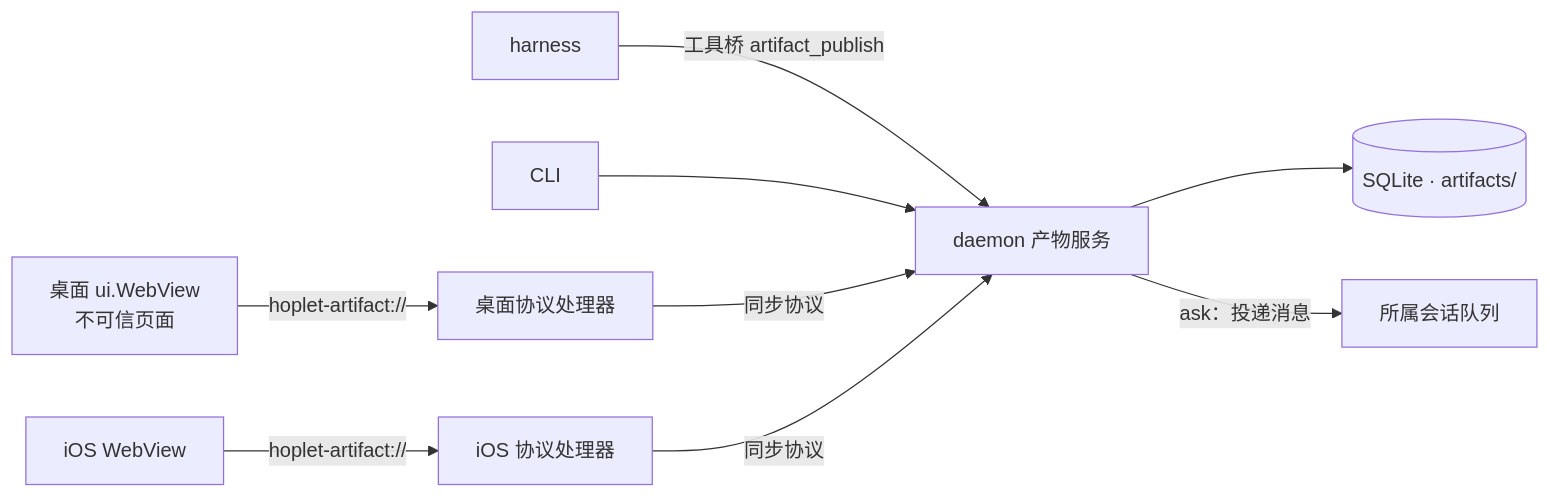
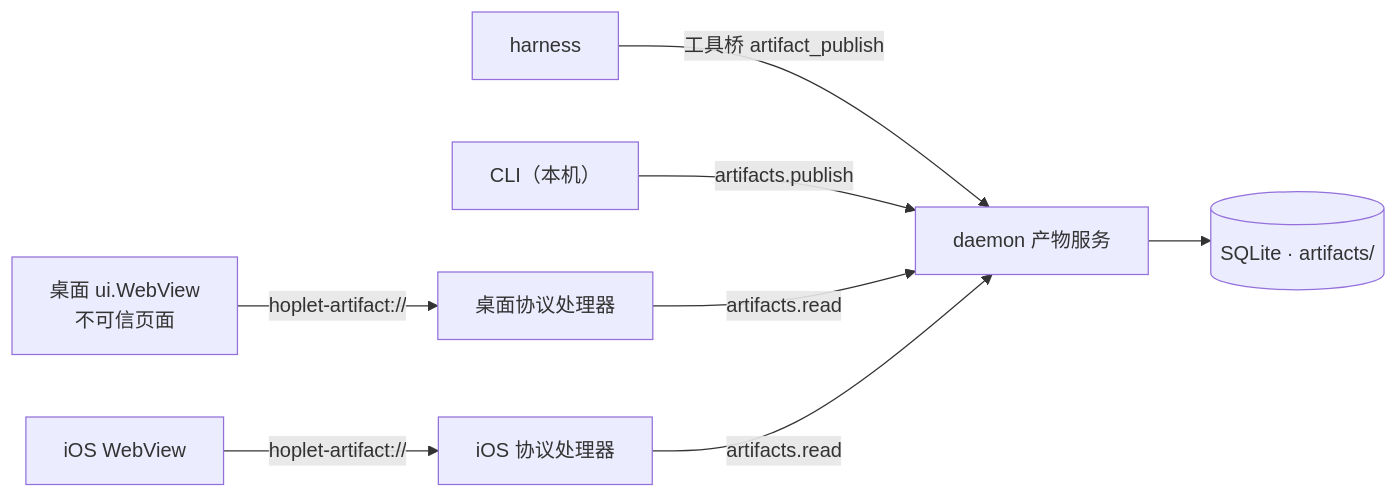
The diagram in docs/design/0025-artifacts.md (yangflow/hoplet), drawn with Mermaid before and after one commit. The commit also changed other lines of this file and 6 other files, not shown here.

Commit message:
docs: plan M4a PR4 artifact service and CLI

````diff
--- a/docs/design/0025-artifacts.md
+++ b/docs/design/0025-artifacts.md
@@ -15,11 +16,10 @@
 ```mermaid
 flowchart LR
     Harness["harness"] -- "工具桥 artifact_publish" --> Service["daemon 产物服务"]
-    CLI["CLI"] --> Service
+    CLI["CLI（本机）"] -- "artifacts.publish" --> Service
     Service --> Store[("SQLite · artifacts/")]
     Desk["桌面 ui.WebView<br/>不可信页面"] -- "hoplet-artifact://" --> DH["桌面协议处理器"]
     Phone["iOS WebView"] -- "hoplet-artifact://" --> IH["iOS 协议处理器"]
-    DH -- "同步协议" --> Service
-    IH -- "同步协议" --> Service
-    Service -- "ask：投递消息" --> Queue["所属会话队列"]
+    DH -- "artifacts.read" --> Service
+    IH -- "artifacts.read" --> Service
 ```
````
